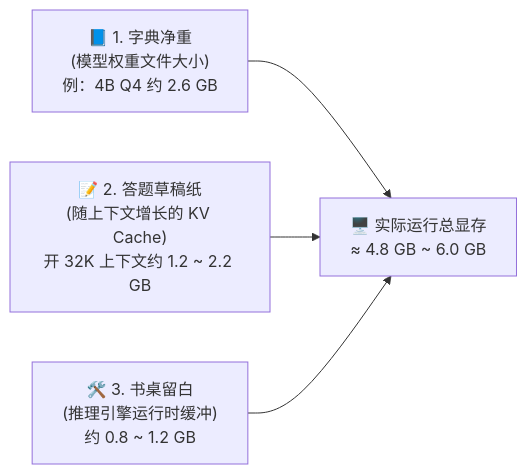
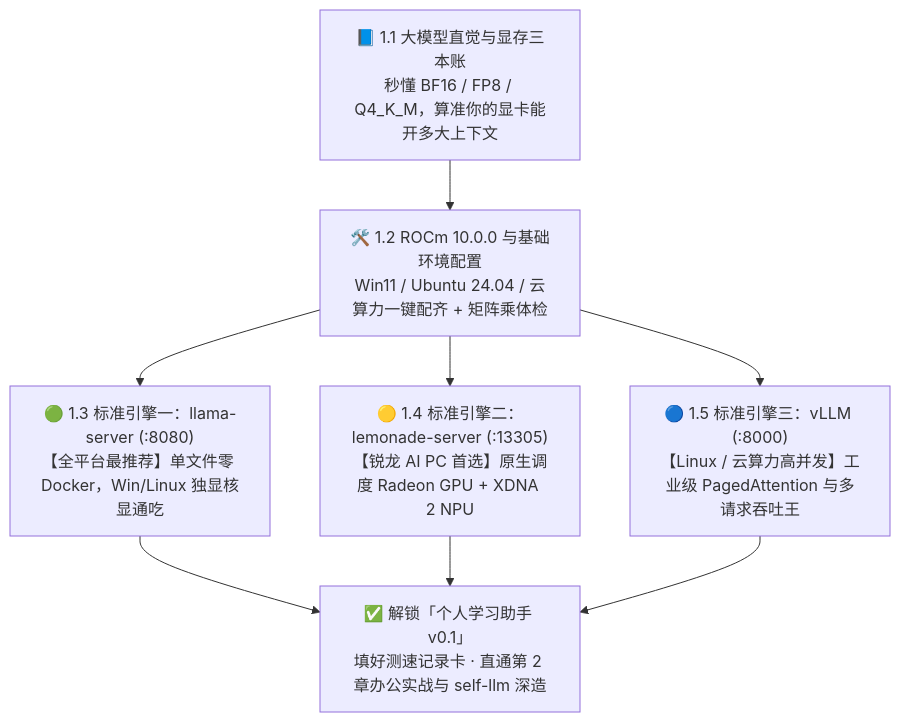
The diagram in docs/zh/01-first-model/index.md (datawhalechina/hello-rocm), drawn with Mermaid before and after one commit. The commit also changed other lines of this file and 233 other files, not shown here.

````diff
--- a/docs/zh/01-first-model/index.md
+++ b/docs/zh/01-first-model/index.md
@@ -30,6 +30,8 @@
 ```mermaid
-flowchart LR
-    A["📘 1. 字典净重<br/>(模型权重文件大小)<br/>例：4B Q4 约 2.6 GB"] --> TOTAL["🖥️ 实际运行总显存<br/>≈ 4.8 GB ~ 6.0 GB"]
-    B["📝 2. 答题草稿纸<br/>(随上下文增长的 KV Cache)<br/>开 32K 上下文约 1.2 ~ 2.2 GB"] --> TOTAL
-    C["🛠️ 3. 书桌留白<br/>(推理引擎运行时缓冲)<br/>约 0.8 ~ 1.2 GB"] --> TOTAL
+flowchart TD
+    S11["📘 1.1 大模型直觉与显存三本账<br/>秒懂 BF16 / FP8 / Q4_K_M，算准你的显卡能开多大上下文"] --> S12["🛠️ 1.2 ROCm 10.0.0 与基础环境配置<br/>Win11 / Ubuntu 24.04 / 云算力一键配齐 + 矩阵乘体检"]
+    S12 --> E1["🟢 1.3 标准引擎一：llama-server (:8080)<br/>【全平台最推荐】单文件零 Docker，Win/Linux 独显核显通吃"]
+    S12 --> E2["🟡 1.4 标准引擎二：lemonade-server (:13305)<br/>【锐龙 AI PC 首选】原生调度 Radeon GPU + XDNA 2 NPU"]
+    S12 --> E3["🔵 1.5 标准引擎三：vLLM (:8000)<br/>【Linux / 云算力高并发】工业级 PagedAttention 与多请求吞吐王"]
+    E1 & E2 & E3 --> DONE["✅ 解锁「个人学习助手 v0.1」<br/>填好测速记录卡 · 直通第 2 章办公实战与 self-llm 深造"]
 ```
````
